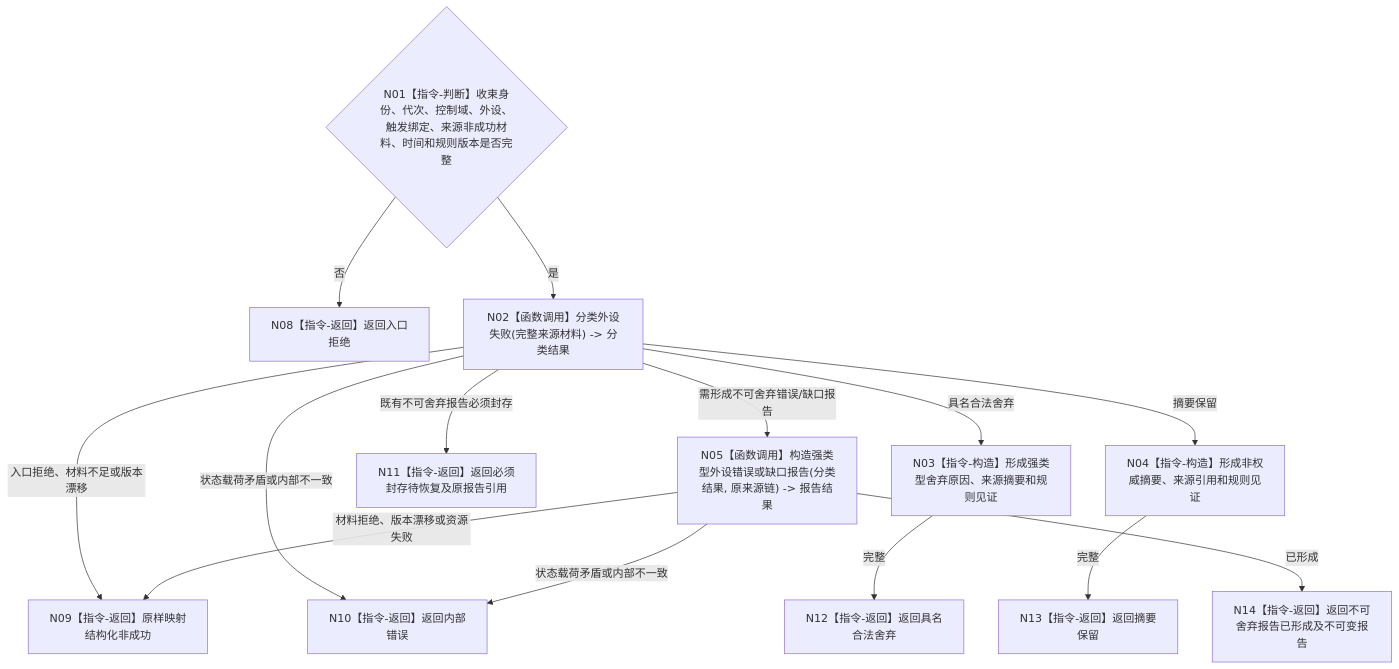
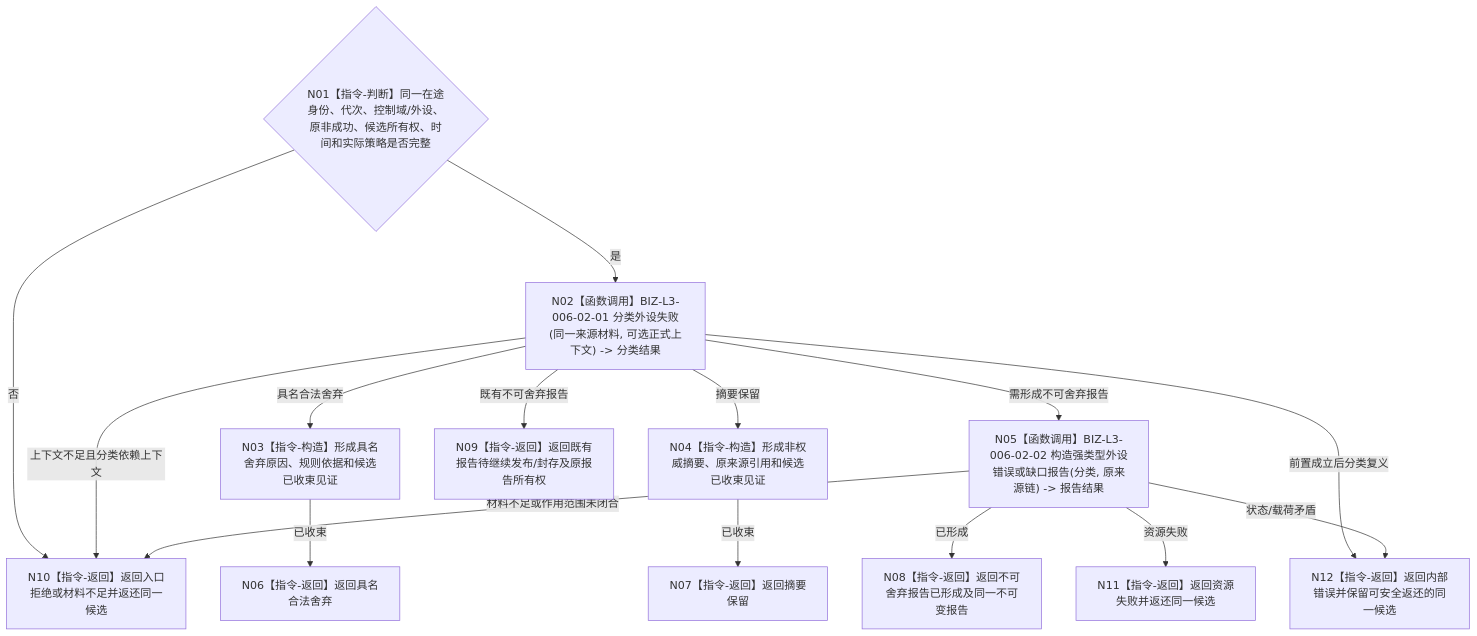
The diagram in 流程图/目标业务流程图/L2/BIZ-L2-006-02_分类并收束一次外设非成功材料_目标函数流程图_v0.2.md (chunhaizh-cyber/HY-Ego), drawn with Mermaid before and after one commit. The commit also changed other lines of this file and 11 other files, not shown here.

````diff
--- a/流程图/目标业务流程图/L2/BIZ-L2-006-02_分类并收束一次外设非成功材料_目标函数流程图_v0.2.md
+++ b/流程图/目标业务流程图/L2/BIZ-L2-006-02_分类并收束一次外设非成功材料_目标函数流程图_v0.2.md
@@ -29,16 +34,28 @@
 ```mermaid
 flowchart TD
-    N01{"N01【指令-判断】收束身份、代次、控制域、外设、触发绑定、来源非成功材料、时间和规则版本是否完整"} -->|否| N08["N08【指令-返回】返回入口拒绝"]
-    N01 -->|是| N02["N02【函数调用】分类外设失败(完整来源材料) -> 分类结果"]
-    N02 -->|入口拒绝、材料不足或版本漂移| N09["N09【指令-返回】原样映射结构化非成功"]
-    N02 -->|状态载荷矛盾或内部不一致| N10["N10【指令-返回】返回内部错误"]
-    N02 -->|具名合法舍弃| N03["N03【指令-构造】形成强类型舍弃原因、来源摘要和规则见证"]
-    N02 -->|摘要保留| N04["N04【指令-构造】形成非权威摘要、来源引用和规则见证"]
-    N02 -->|既有不可舍弃报告必须封存| N11["N11【指令-返回】返回必须封存待恢复及原报告引用"]
-    N02 -->|需形成不可舍弃错误/缺口报告| N05["N05【函数调用】构造强类型外设错误或缺口报告(分类结果, 原来源链) -> 报告结果"]
-    N03 -->|完整| N12["N12【指令-返回】返回具名合法舍弃"]
-    N04 -->|完整| N13["N13【指令-返回】返回摘要保留"]
-    N05 -->|已形成| N14["N14【指令-返回】返回不可舍弃报告已形成及不可变报告"]
-    N05 -->|材料拒绝、版本漂移或资源失败| N09
-    N05 -->|状态载荷矛盾或内部不一致| N10
+    N01{"N01【指令-判断】同一在途身份、代次、控制域/外设、原非成功、候选所有权、时间和实际策略是否完整"}
+    N02["N02【函数调用】BIZ-L3-006-02-01 分类外设失败(同一来源材料, 可选正式上下文) -> 分类结果"]
+    N03["N03【指令-构造】形成具名舍弃原因、规则依据和候选已收束见证"]
+    N04["N04【指令-构造】形成非权威摘要、原来源引用和候选已收束见证"]
+    N05["N05【函数调用】BIZ-L3-006-02-02 构造强类型外设错误或缺口报告(分类, 原来源链) -> 报告结果"]
+    N06["N06【指令-返回】返回具名合法舍弃"]
+    N07["N07【指令-返回】返回摘要保留"]
+    N08["N08【指令-返回】返回不可舍弃报告已形成及同一不可变报告"]
+    N09["N09【指令-返回】返回既有报告待继续发布/封存及原报告所有权"]
+    N10["N10【指令-返回】返回入口拒绝或材料不足并返还同一候选"]
+    N11["N11【指令-返回】返回资源失败并返还同一候选"]
+    N12["N12【指令-返回】返回内部错误并保留可安全返还的同一候选"]
+
+    N01 -->|否| N10
+    N01 -->|是| N02
+    N02 -->|具名合法舍弃| N03 -->|已收束| N06
+    N02 -->|摘要保留| N04 -->|已收束| N07
+    N02 -->|既有不可舍弃报告| N09
+    N02 -->|需形成不可舍弃报告| N05
+    N02 -->|上下文不足且分类依赖上下文| N10
+    N02 -->|前置成立后分类复义| N12
+    N05 -->|已形成| N08
+    N05 -->|材料不足或作用范围未闭合| N10
+    N05 -->|资源失败| N11
+    N05 -->|状态/载荷矛盾| N12
 ```
````
